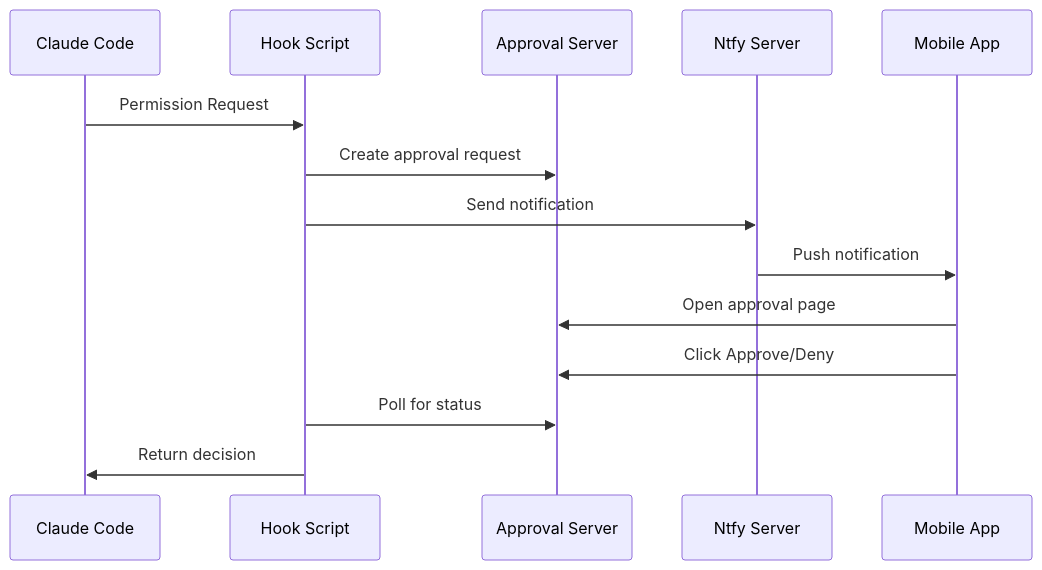
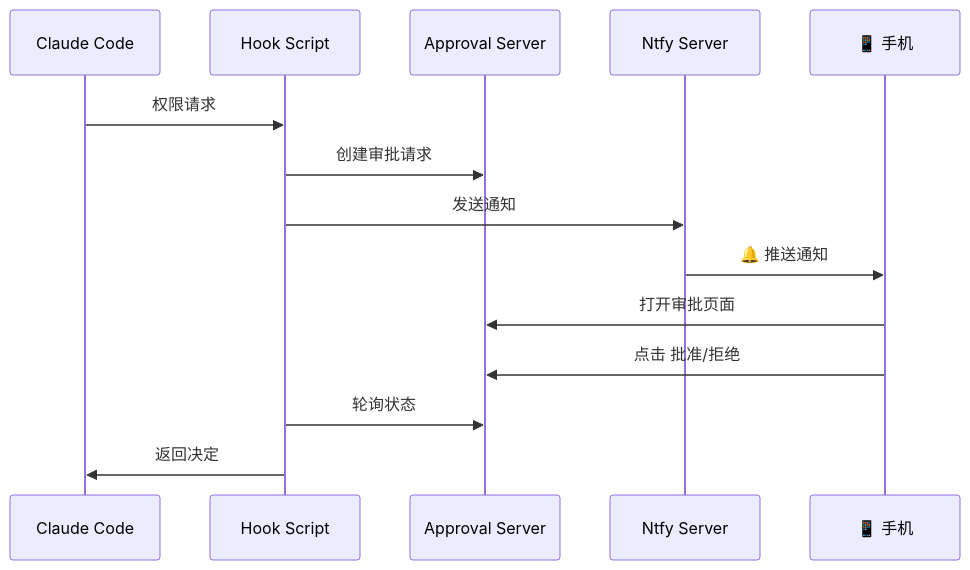
Before and after one commit to astro-nexus-ai/claude-mobile-approver: the diagram in README.md, drawn with Mermaid. The commit also changed other lines of this file and 3 other files, not shown here.

First line of the commit message:
feat: add user guide docs and improve approval page UX

````diff
--- a/README.md
+++ b/README.md
@@ -16,17 +46,17 @@
 ```mermaid
 sequenceDiagram
     participant Claude as Claude Code
     participant Hook as Hook Script
     participant Server as Approval Server
     participant Ntfy as Ntfy Server
-    participant Mobile as Mobile App
+    participant Mobile as 📱 手机
 
-    Claude->>Hook: Permission Request
-    Hook->>Server: Create approval request
-    Hook->>Ntfy: Send notification
-    Ntfy->>Mobile: Push notification
-    Mobile->>Server: Open approval page
-    Mobile->>Server: Click Approve/Deny
-    Hook->>Server: Poll for status
-    Hook->>Claude: Return decision
+    Claude->>Hook: 权限请求
+    Hook->>Server: 创建审批请求
+    Hook->>Ntfy: 发送通知
+    Ntfy->>Mobile: 🔔 推送通知
+    Mobile->>Server: 打开审批页面
+    Mobile->>Server: 点击 批准/拒绝
+    Hook->>Server: 轮询状态
+    Hook->>Claude: 返回决定
 ```
````
